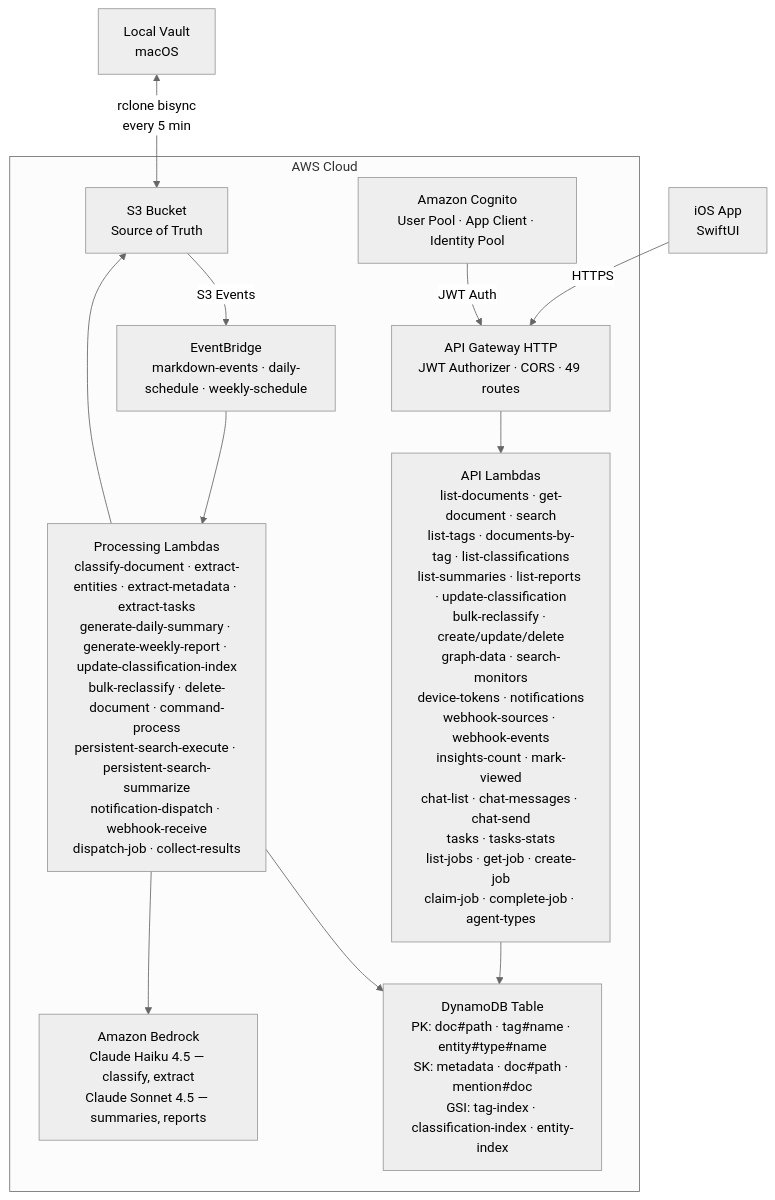
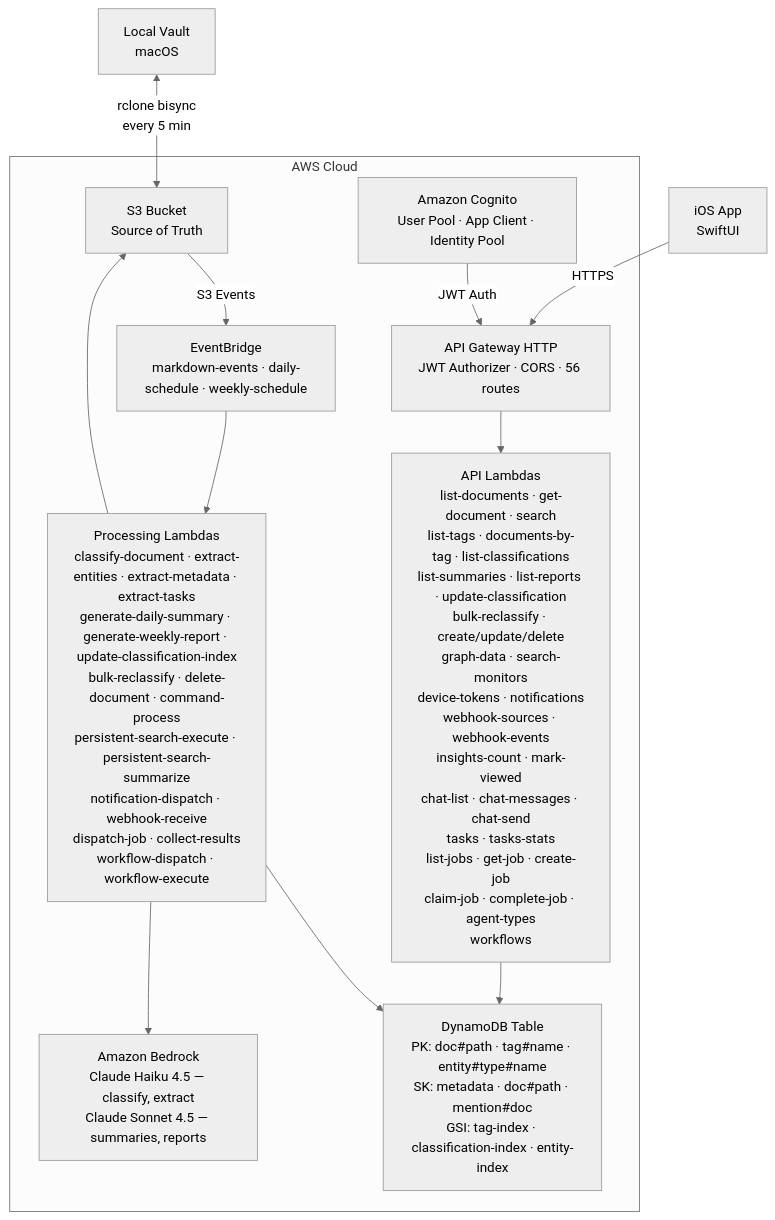
Before and after one commit to spaceba-by/pkm: the diagram in docs/architecture.md, drawn with Mermaid (neutral theme). The commit also changed other lines of this file and 62 other files, not shown here.

First line of the commit message:
Task 0026: Custom agent workflows (#167)

````diff
--- a/docs/architecture.md
+++ b/docs/architecture.md
@@ -9,23 +9,23 @@
 ```mermaid
 graph TD
     Vault[Local Vault<br/>macOS] <-->|rclone bisync<br/>every 5 min| S3
     iOS[iOS App<br/>SwiftUI] -->|HTTPS| APIGW
 
     subgraph AWS[AWS Cloud]
         S3[S3 Bucket<br/>Source of Truth]
         Cognito[Amazon Cognito<br/>User Pool · App Client · Identity Pool]
 
         S3 -->|S3 Events| EB[EventBridge<br/>markdown-events · daily-schedule · weekly-schedule]
-        Cognito -->|JWT Auth| APIGW[API Gateway HTTP<br/>JWT Authorizer · CORS · 49 routes]
+        Cognito -->|JWT Auth| APIGW[API Gateway HTTP<br/>JWT Authorizer · CORS · 56 routes]
 
-        EB --> ProcLambda[Processing Lambdas<br/>classify-document · extract-entities · extract-metadata · extract-tasks<br/>generate-daily-summary · generate-weekly-report · update-classification-index<br/>bulk-reclassify · delete-document · command-process<br/>persistent-search-execute · persistent-search-summarize<br/>notification-dispatch · webhook-receive<br/>dispatch-job · collect-results]
+        EB --> ProcLambda[Processing Lambdas<br/>classify-document · extract-entities · extract-metadata · extract-tasks<br/>generate-daily-summary · generate-weekly-report · update-classification-index<br/>bulk-reclassify · delete-document · command-process<br/>persistent-search-execute · persistent-search-summarize<br/>notification-dispatch · webhook-receive<br/>dispatch-job · collect-results<br/>workflow-dispatch · workflow-execute]
 
-        APIGW --> APILambda[API Lambdas<br/>list-documents · get-document · search<br/>list-tags · documents-by-tag · list-classifications<br/>list-summaries · list-reports · update-classification<br/>bulk-reclassify · create/update/delete<br/>graph-data · search-monitors<br/>device-tokens · notifications<br/>webhook-sources · webhook-events<br/>insights-count · mark-viewed<br/>chat-list · chat-messages · chat-send<br/>tasks · tasks-stats<br/>list-jobs · get-job · create-job<br/>claim-job · complete-job · agent-types]
+        APIGW --> APILambda[API Lambdas<br/>list-documents · get-document · search<br/>list-tags · documents-by-tag · list-classifications<br/>list-summaries · list-reports · update-classification<br/>bulk-reclassify · create/update/delete<br/>graph-data · search-monitors<br/>device-tokens · notifications<br/>webhook-sources · webhook-events<br/>insights-count · mark-viewed<br/>chat-list · chat-messages · chat-send<br/>tasks · tasks-stats<br/>list-jobs · get-job · create-job<br/>claim-job · complete-job · agent-types<br/>workflows]
 
         ProcLambda --> DynamoDB[DynamoDB Table<br/>PK: doc#path · tag#name · entity#type#name<br/>SK: metadata · doc#path · mention#doc<br/>GSI: tag-index · classification-index · entity-index]
         APILambda --> DynamoDB
         ProcLambda --> S3
 
         ProcLambda --> Bedrock[Amazon Bedrock<br/>Claude Haiku 4.5 — classify, extract<br/>Claude Sonnet 4.5 — summaries, reports]
     end
 ```
````
